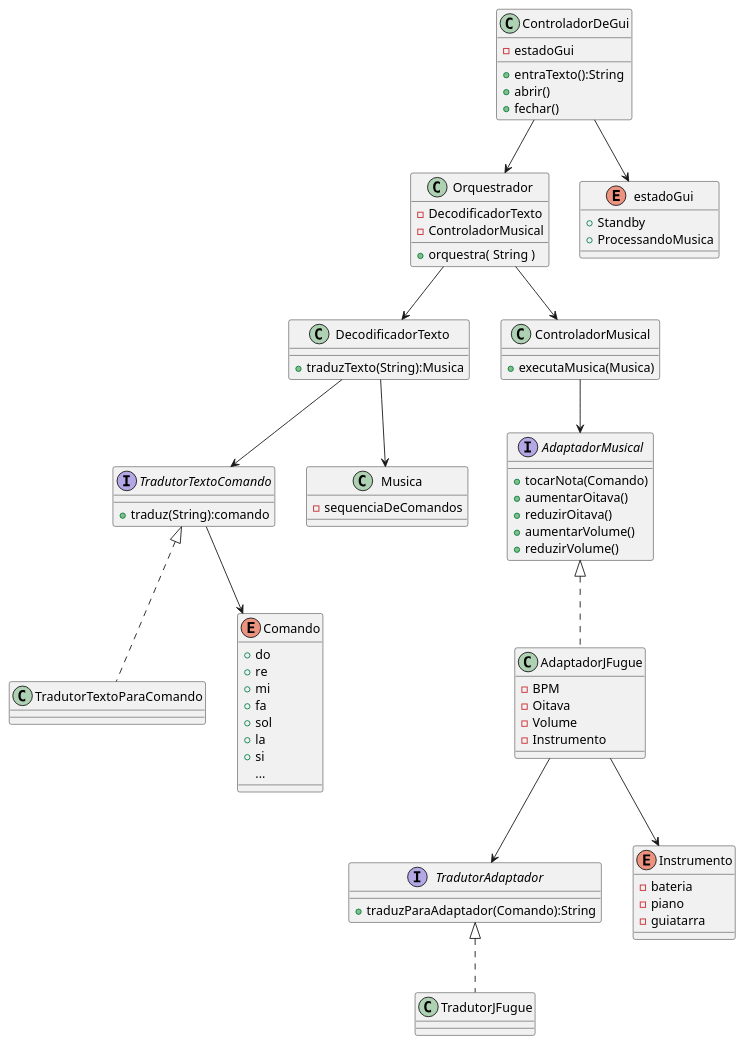
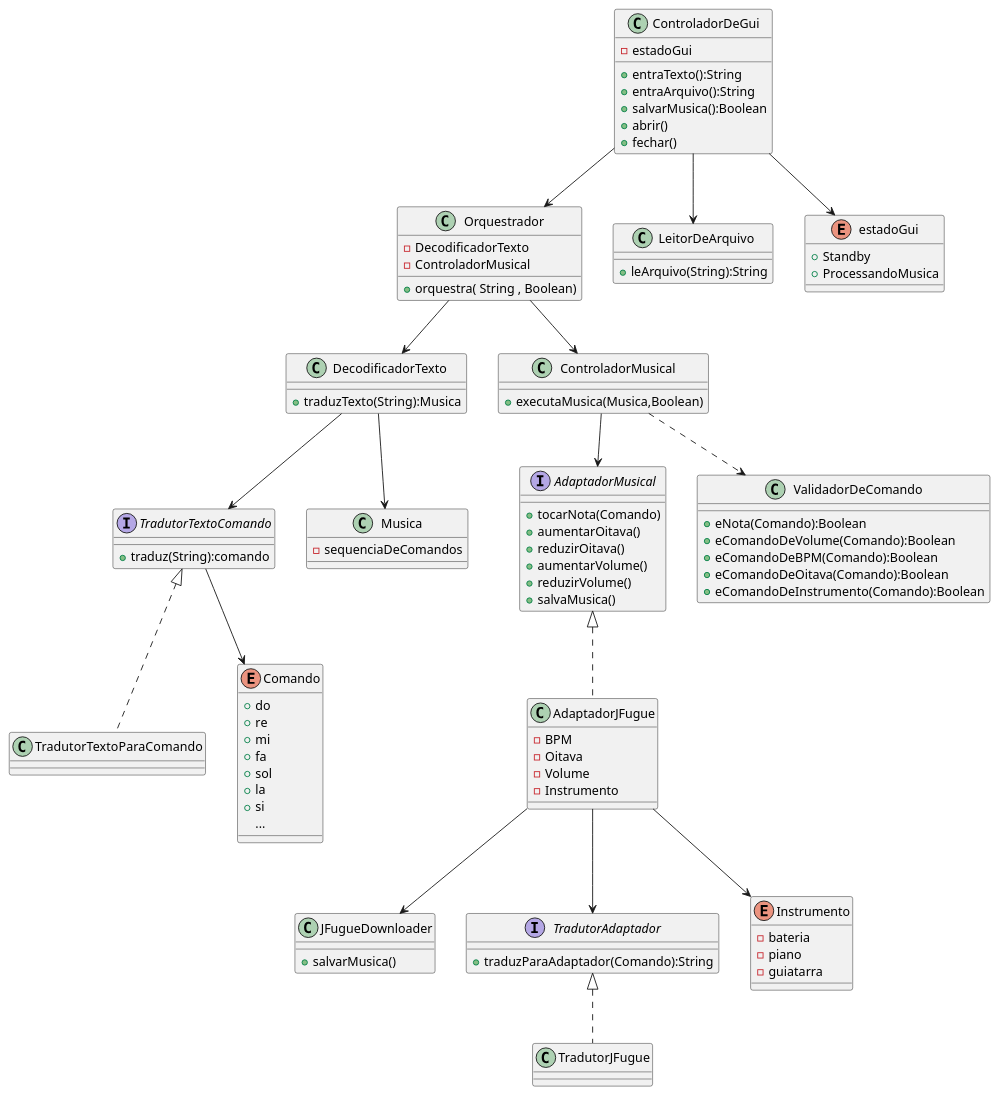
One commit to tonelloiago/TCP changed the diagram in diagramaDeClasses.puml. Above: the diagram before and after it, drawn with PlantUML. The commit also changed 3 other files, not shown here.

```diff
--- a/diagramaDeClasses.puml
+++ b/diagramaDeClasses.puml
@@ -1,92 +1,114 @@
 @startuml classes
 
 class Orquestrador{
     - DecodificadorTexto
     - ControladorMusical
-    + orquestra( String )
+    + orquestra( String , Boolean)
 }
 
 class ControladorDeGui{
     - estadoGui
     + entraTexto():String
+    + entraArquivo():String
+    + salvarMusica():Boolean
     + abrir()
     + fechar()
+}
+
+class LeitorDeArquivo{
+    + leArquivo(String):String
 }
 
 enum estadoGui{
     + Standby
     + ProcessandoMusica
 }
 
 class DecodificadorTexto{
     + traduzTexto(String):Musica
 }
 
 interface TradutorTextoComando{
     + traduz(String):comando
 }
 
 class TradutorTextoParaComando implements TradutorTextoComando{}
 
 class ControladorMusical{
-    + executaMusica(Musica)
+    + executaMusica(Musica,Boolean)
 }
 
 interface AdaptadorMusical{
     + tocarNota(Comando)
     + aumentarOitava()
     + reduzirOitava()
     + aumentarVolume()
     + reduzirVolume()
+    + salvaMusica()
 }
 
 class AdaptadorJFugue implements AdaptadorMusical{
     - BPM
     - Oitava
     - Volume
     - Instrumento
+}
+
+class JFugueDownloader{
+    + salvarMusica()
 }
 
 interface TradutorAdaptador{
     + traduzParaAdaptador(Comando):String
 }
 
 class TradutorJFugue implements TradutorAdaptador{
 
 }
 
 enum Instrumento{
     - bateria
     - piano
     - guiatarra
 }
 
 enum Comando{
     + do
     + re
     + mi
     + fa
     + sol
     + la
     + si
     ...
 }
 
 class Musica{
     - sequenciaDeComandos
 }
 
+class ValidadorDeComando{
+    + eNota(Comando):Boolean
+    + eComandoDeVolume(Comando):Boolean
+    + eComandoDeBPM(Comando):Boolean
+    + eComandoDeOitava(Comando):Boolean
+    + eComandoDeInstrumento(Comando):Boolean
+}
+
 
 ControladorDeGui --> Orquestrador
+ControladorDeGui --> LeitorDeArquivo
+AdaptadorJFugue --> JFugueDownloader
 Orquestrador --> ControladorMusical
 Orquestrador --> DecodificadorTexto
 DecodificadorTexto --> TradutorTextoComando
 DecodificadorTexto --> Musica
 ControladorMusical --> AdaptadorMusical
+ControladorMusical ..> ValidadorDeComando
 TradutorTextoComando --> Comando
 ControladorDeGui --> estadoGui
 AdaptadorJFugue --> Instrumento
 AdaptadorJFugue --> TradutorAdaptador
 
 
 @enduml
```
